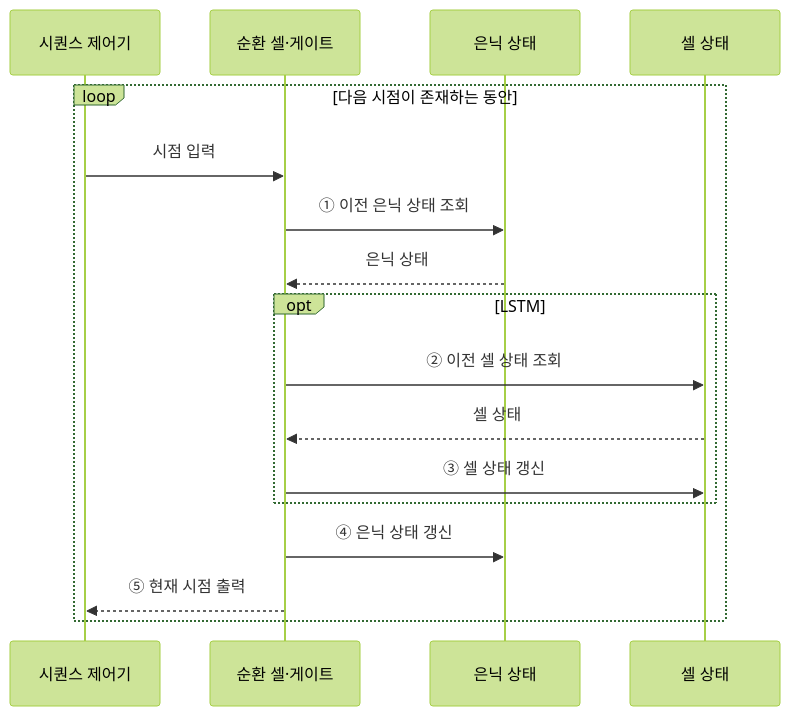
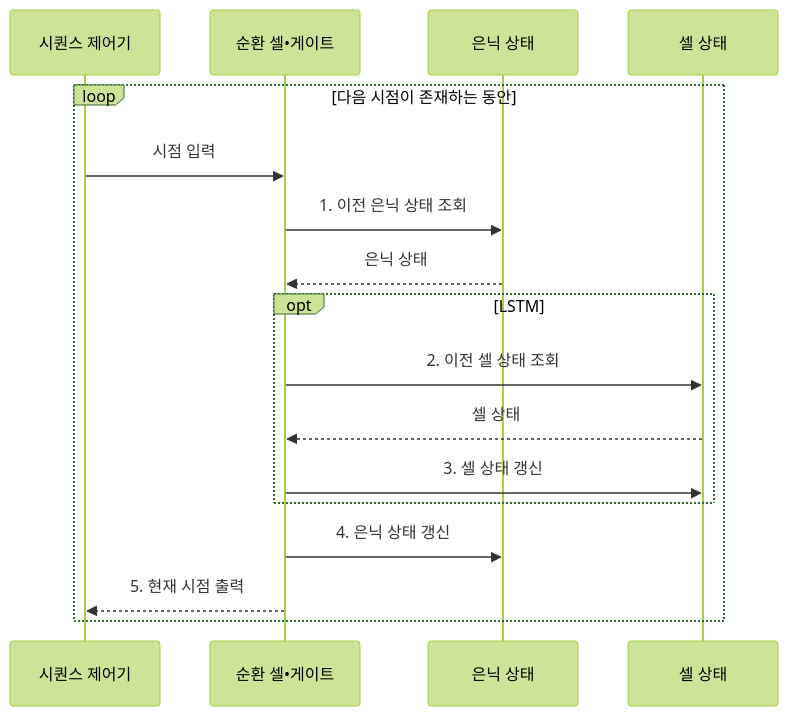
Before and after one commit to agnusdei1207/knowledge-base: the second of 2 diagrams in src/content/docs/notes/01-basic-theory/044_rnn.md, drawn with Mermaid (forest theme). The commit also changed other lines of this file and 20 other files, not shown here.

````diff
--- a/src/content/docs/notes/01-basic-theory/044_rnn.md
+++ b/src/content/docs/notes/01-basic-theory/044_rnn.md
@@ -81,19 +81,19 @@
 ```mermaid
 sequenceDiagram
     participant T as 시퀀스 제어기
-    participant R as 순환 셀·게이트
+    participant R as 순환 셀•게이트
     participant H as 은닉 상태
     participant C as 셀 상태
     loop 다음 시점이 존재하는 동안
         T->>R: 시점 입력
-        R->>H: ① 이전 은닉 상태 조회
+        R->>H: 1. 이전 은닉 상태 조회
         H-->>R: 은닉 상태
         opt LSTM
-            R->>C: ② 이전 셀 상태 조회
+            R->>C: 2. 이전 셀 상태 조회
             C-->>R: 셀 상태
-            R->>C: ③ 셀 상태 갱신
+            R->>C: 3. 셀 상태 갱신
         end
-        R->>H: ④ 은닉 상태 갱신
-        R-->>T: ⑤ 현재 시점 출력
+        R->>H: 4. 은닉 상태 갱신
+        R-->>T: 5. 현재 시점 출력
     end
 ```
````
